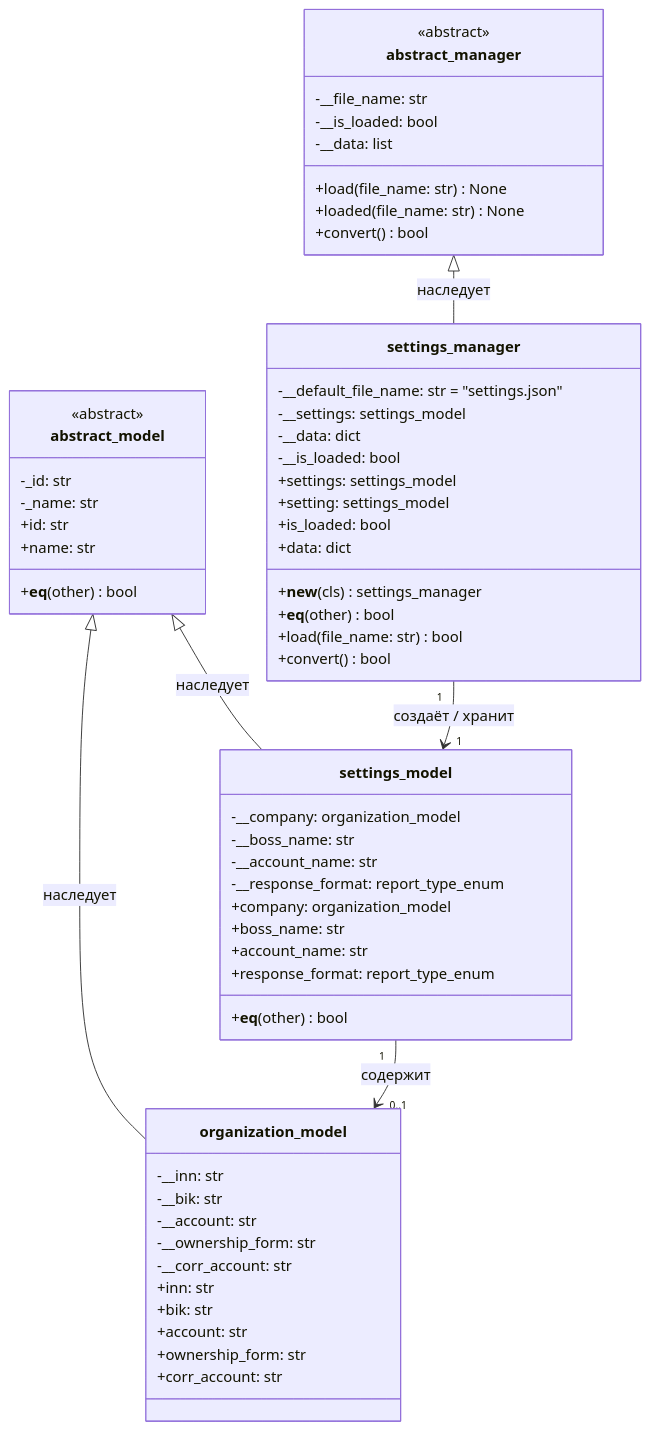
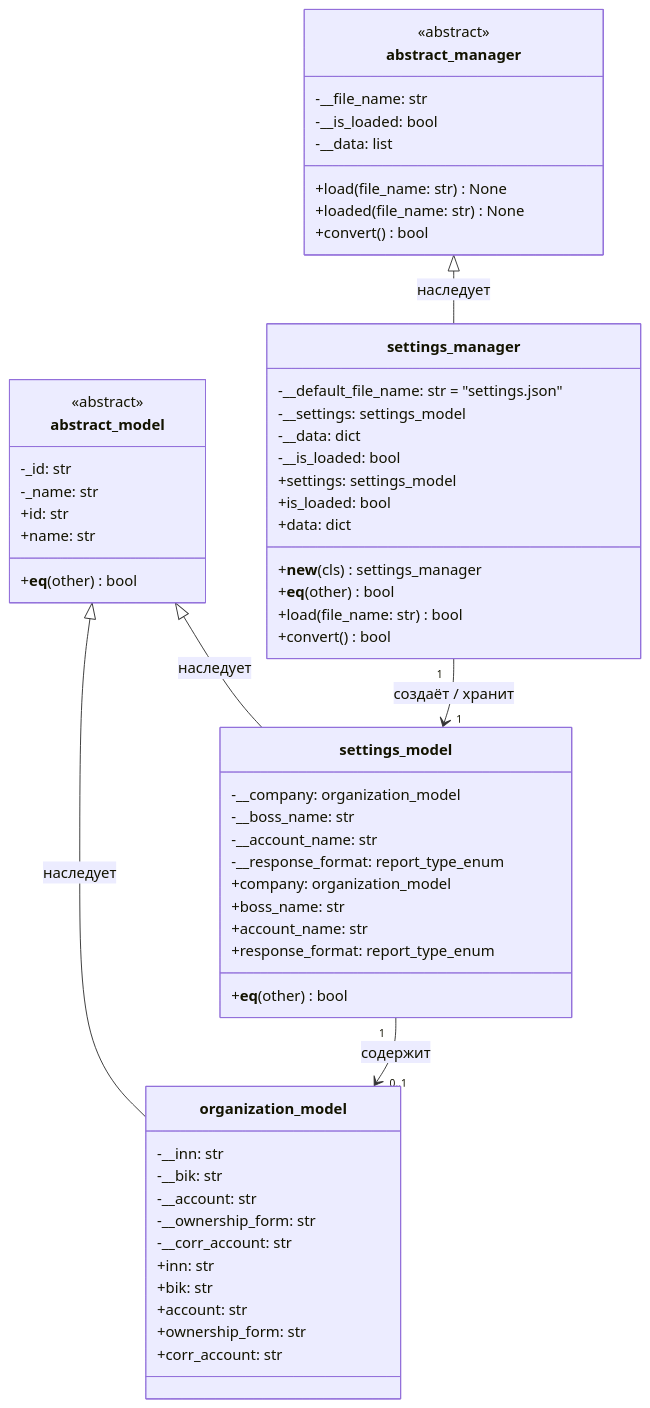
One commit to Rom-haguko/Patterns2026 changed the diagram in Docs/settings_manager.md. Above: the diagram before and after it, drawn with Mermaid. The commit also changed 64 other files, not shown here.

````diff
--- a/Docs/settings_manager.md
+++ b/Docs/settings_manager.md
@@ -3,69 +3,68 @@
 ```mermaid
 classDiagram
     direction TB
 
     class abstract_manager {
         <<abstract>>
         -__file_name: str
         -__is_loaded: bool
         -__data: list
         +load(file_name: str) None
         +loaded(file_name: str) None
         +convert() bool
     }
 
     class settings_manager {
         -__default_file_name: str = "settings.json"
         -__settings: settings_model
         -__data: dict
         -__is_loaded: bool
         +settings: settings_model
-        +setting: settings_model
         +is_loaded: bool
         +data: dict
         +__new__(cls) settings_manager
         +__eq__(other) bool
         +load(file_name: str) bool
         +convert() bool
     }
 
     class settings_model {
         -__company: organization_model
         -__boss_name: str
         -__account_name: str
         -__response_format: report_type_enum
         +company: organization_model
         +boss_name: str
         +account_name: str
         +response_format: report_type_enum
         +__eq__(other) bool
     }
 
     class organization_model {
         -__inn: str
         -__bik: str
         -__account: str
         -__ownership_form: str
         -__corr_account: str
         +inn: str
         +bik: str
         +account: str
         +ownership_form: str
         +corr_account: str
     }
 
     class abstract_model {
         <<abstract>>
         -_id: str
         -_name: str
         +id: str
         +name: str
         +__eq__(other) bool
     }
 
     abstract_manager <|-- settings_manager : наследует
     abstract_model <|-- settings_model : наследует
     abstract_model <|-- organization_model : наследует
     settings_manager "1" --> "1" settings_model : создаёт / хранит
     settings_model "1" --> "0..1" organization_model : содержит
 ```
````
